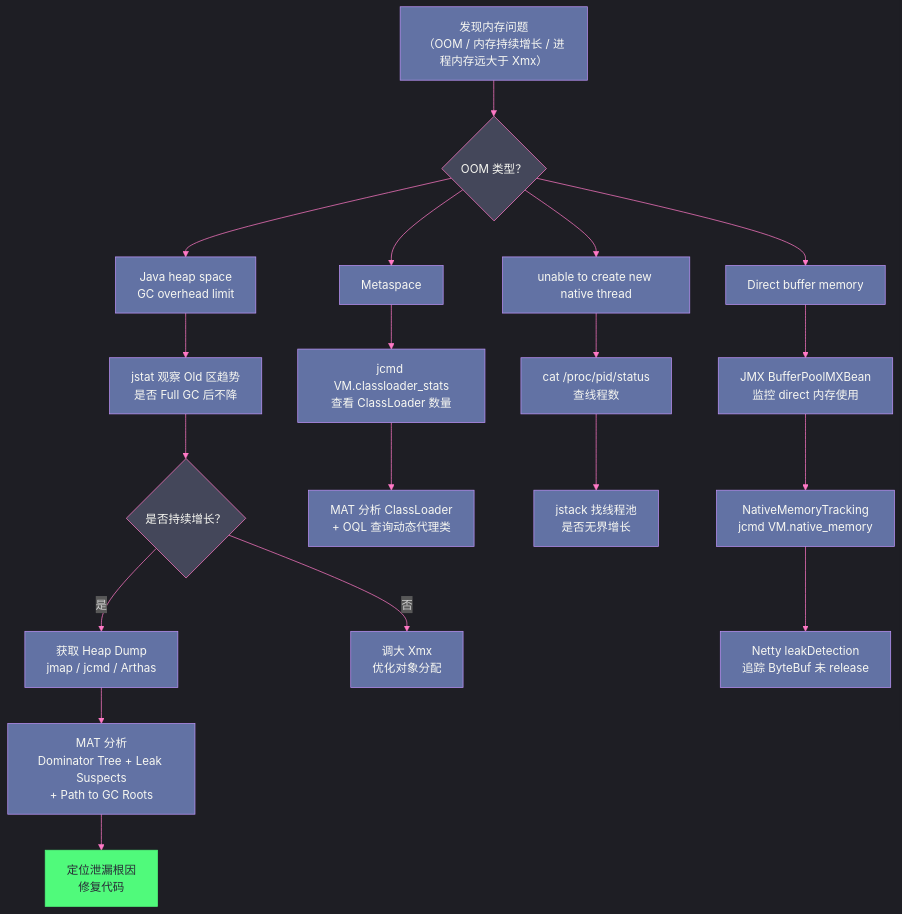
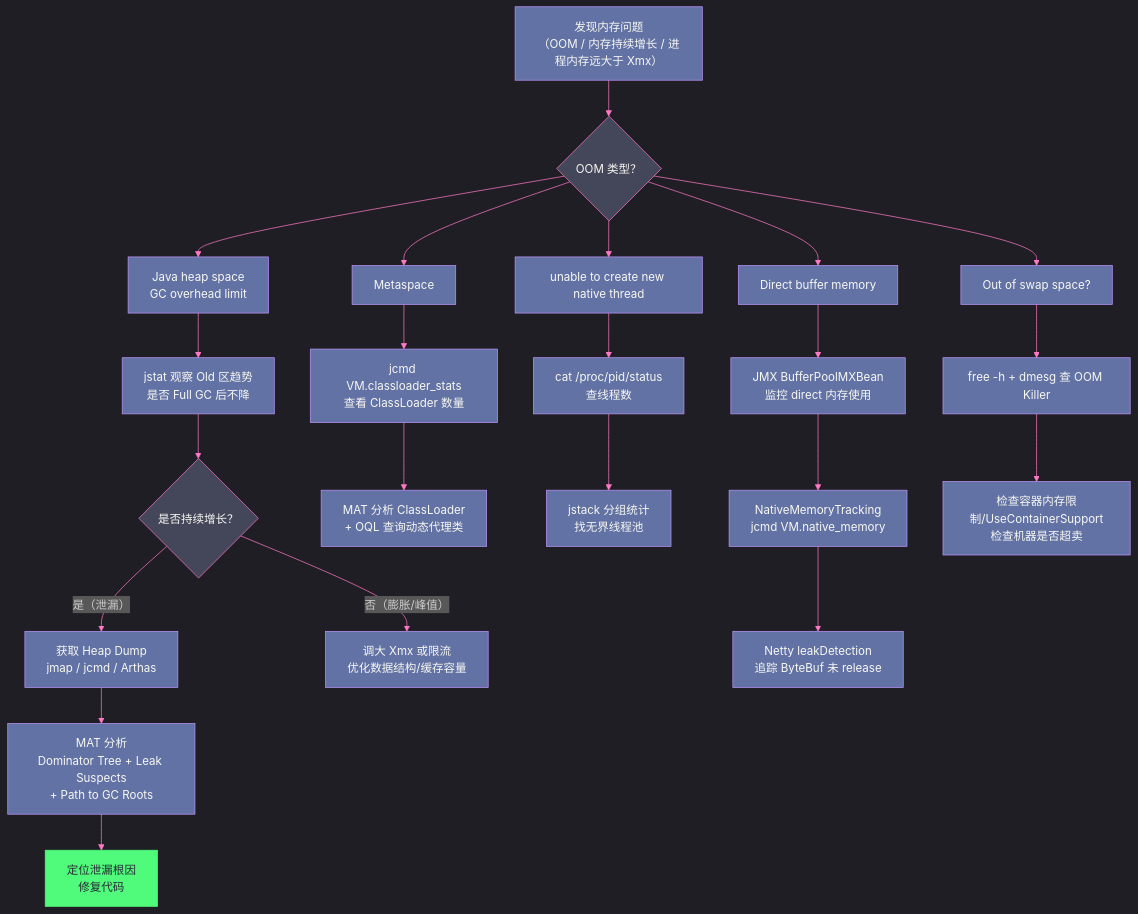
Before and after one commit to hpliStartAgain/my-brain: the diagram in content/Java/JVM/JVM实战/13 JVM 内存问题实战——OOM、内存泄漏与堆外内存.md, drawn with Mermaid. The commit also changed other lines of this file and 14 other files, not shown here.

````diff
--- a/content/Java/JVM/JVM实战/13 JVM 内存问题实战——OOM、内存泄漏与堆外内存.md
+++ b/content/Java/JVM/JVM实战/13 JVM 内存问题实战——OOM、内存泄漏与堆外内存.md
@@ -511,36 +798,40 @@
 ```mermaid
 %%{init: {'theme': 'dark', 'themeVariables': {'primaryColor': '#6272a4', 'primaryTextColor': '#f8f8f2', 'primaryBorderColor': '#bd93f9', 'lineColor': '#ff79c6', 'secondaryColor': '#44475a', 'tertiaryColor': '#282a36'}}}%%
 graph TD
-    A["发现内存问题\n（OOM / 内存持续增长 / 进程内存远大于 Xmx）"]
-    
+    A["发现内存问题<br/>（OOM / 内存持续增长 / 进程内存远大于 Xmx）"]
+
     A --> B{"OOM 类型？"}
-    
-    B --> C["Java heap space\nGC overhead limit"]
+
+    B --> C["Java heap space<br/>GC overhead limit"]
     B --> D["Metaspace"]
     B --> E["unable to create new native thread"]
     B --> F["Direct buffer memory"]
-    
-    C --> G["jstat 观察 Old 区趋势\n是否 Full GC 后不降"]
+    B --> G0["Out of swap space?"]
+
+    C --> G["jstat 观察 Old 区趋势<br/>是否 Full GC 后不降"]
     G --> H{"是否持续增长？"}
-    H -->|是| I["获取 Heap Dump\njmap / jcmd / Arthas"]
-    I --> J["MAT 分析\nDominator Tree + Leak Suspects\n+ Path to GC Roots"]
-    J --> K["定位泄漏根因\n修复代码"]
-    H -->|否| L["调大 Xmx\n优化对象分配"]
-    
-    D --> M["jcmd VM.classloader_stats\n查看 ClassLoader 数量"]
-    M --> N["MAT 分析 ClassLoader\n+ OQL 查询动态代理类"]
-    
-    E --> O["cat /proc/pid/status\n查线程数"]
-    O --> P["jstack 找线程池\n是否无界增长"]
-    
-    F --> Q["JMX BufferPoolMXBean\n监控 direct 内存使用"]
-    Q --> R["NativeMemoryTracking\njcmd VM.native_memory"]
-    R --> S["Netty leakDetection\n追踪 ByteBuf 未 release"]
+    H -->|"是（泄漏）"| I["获取 Heap Dump<br/>jmap / jcmd / Arthas"]
+    I --> J["MAT 分析<br/>Dominator Tree + Leak Suspects<br/>+ Path to GC Roots"]
+    J --> K["定位泄漏根因<br/>修复代码"]
+    H -->|"否（膨胀/峰值）"| L["调大 Xmx 或限流<br/>优化数据结构/缓存容量"]
+
+    D --> M["jcmd VM.classloader_stats<br/>查看 ClassLoader 数量"]
+    M --> N["MAT 分析 ClassLoader<br/>+ OQL 查询动态代理类"]
+
+    E --> O["cat /proc/pid/status<br/>查线程数"]
+    O --> P["jstack 分组统计<br/>找无界线程池"]
+
+    F --> Q["JMX BufferPoolMXBean<br/>监控 direct 内存使用"]
+    Q --> R["NativeMemoryTracking<br/>jcmd VM.native_memory"]
+    R --> S["Netty leakDetection<br/>追踪 ByteBuf 未 release"]
+
+    G0 --> T["free -h + dmesg 查 OOM Killer"]
+    T --> U["检查容器内存限制/UseContainerSupport<br/>检查机器是否超卖"]
 
     classDef action fill:#6272a4,stroke:#bd93f9,color:#f8f8f2
     classDef decision fill:#44475a,stroke:#ff79c6,color:#f8f8f2
     classDef result fill:#50fa7b,stroke:#50fa7b,color:#282a36
-    class A,C,D,E,F,G,I,J,M,N,O,P,Q,R,S,L action
+    class A,C,D,E,F,G0,G,I,J,M,N,O,P,Q,R,S,L,T,U action
     class B,H decision
     class K result
 ```
````
